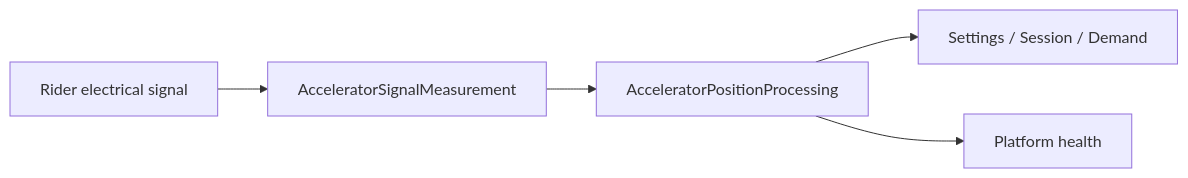
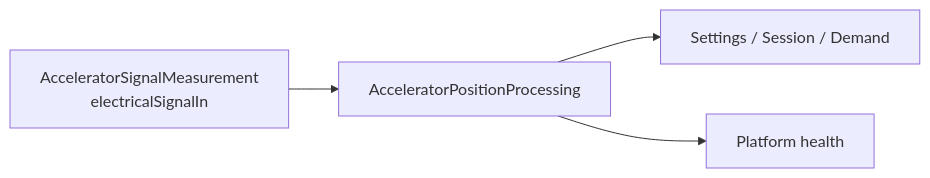
Before and after one commit to dhellhake/X2CityMCU: the diagram in .devenv/Architecture/SystemArchitecture/Modelling/AcceleratorPositionIdentification/README.md, drawn with Mermaid. The commit also changed 40 other files, not shown here.

````diff
--- a/.devenv/Architecture/SystemArchitecture/Modelling/AcceleratorPositionIdentification/README.md
+++ b/.devenv/Architecture/SystemArchitecture/Modelling/AcceleratorPositionIdentification/README.md
@@ -11,7 +11,7 @@
 ```mermaid
 flowchart LR
-    R[Rider electrical signal] --> HW[AcceleratorSignalMeasurement]
+    HW[AcceleratorSignalMeasurement<br/>electricalSignalIn]
     HW --> SW[AcceleratorPositionProcessing]
     SW --> P[Settings / Session / Demand]
     SW --> H[Platform health]
 ```
````
